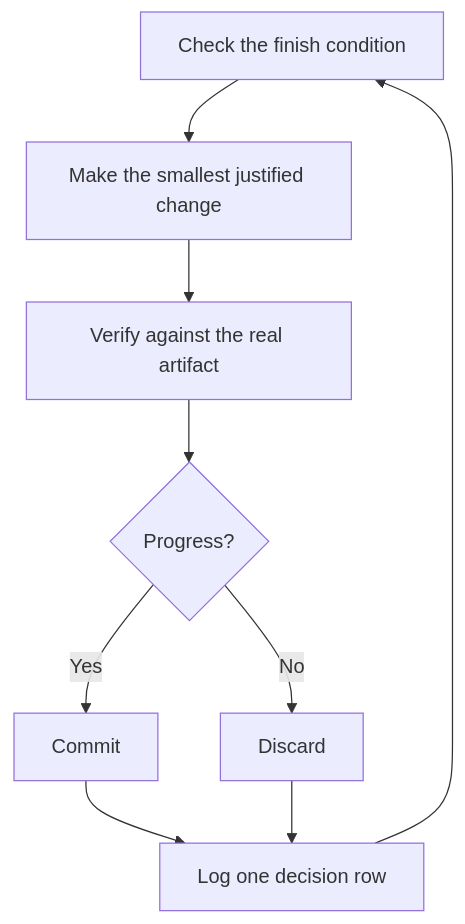
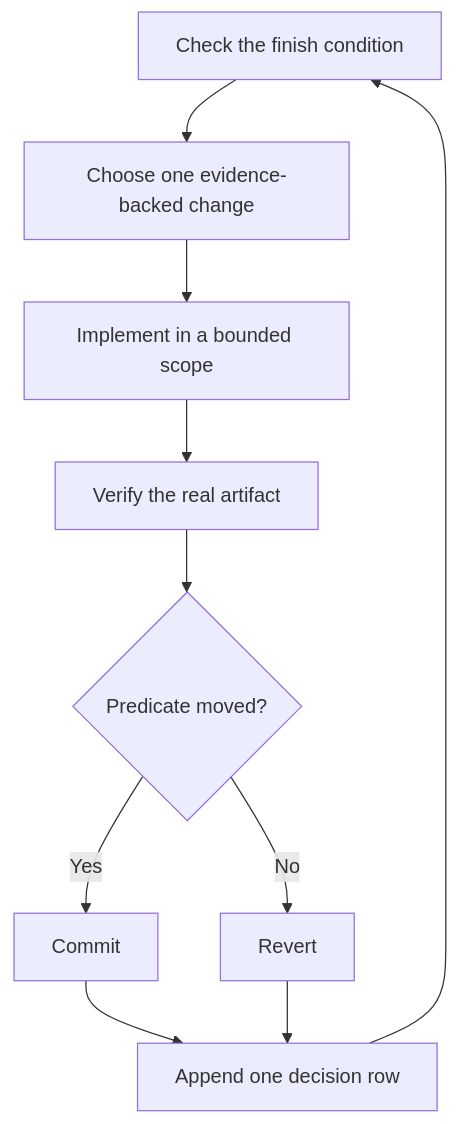
One commit to Go7hic/pstack changed the diagram in docs/guide/07-overnight.md. Above: the diagram before and after it, drawn with Mermaid. The commit also changed other lines of this file, not shown here.

Commit message:
Make unattended-run guide host-neutral

````diff
--- a/docs/guide/07-overnight.md
+++ b/docs/guide/07-overnight.md
@@ -31,11 +33,12 @@
 ```mermaid
 flowchart TD
-    A[Check the finish condition] --> B[Make the smallest justified change]
-    B --> C[Verify against the real artifact]
-    C --> D{Progress?}
-    D -->|Yes| E[Commit]
-    D -->|No| F[Discard]
-    E --> G[Log one decision row]
-    F --> G
-    G --> A
+    A[Check the finish condition] --> B[Choose one evidence-backed change]
+    B --> C[Implement in a bounded scope]
+    C --> D[Verify the real artifact]
+    D --> E{Predicate moved?}
+    E -->|Yes| F[Commit]
+    E -->|No| G[Revert]
+    F --> H[Append one decision row]
+    G --> H
+    H --> A
 ```
````
